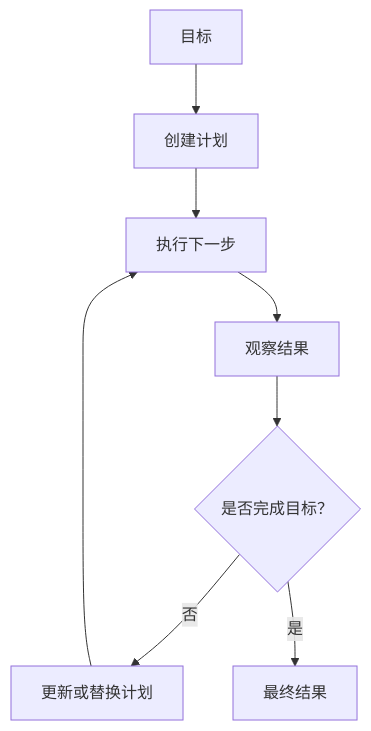
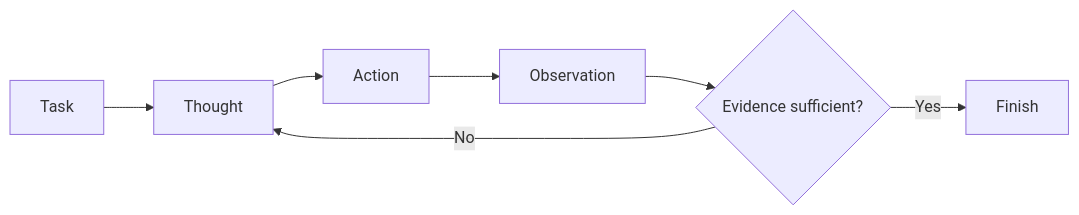
The third of 7 diagrams in docs/readings/week01-agentic-design-patterns.zh-CN.md (zheng-bobo/verifiable_agent_lab), drawn with Mermaid before and after one commit. The commit also changed other lines of this file and 21 other files, not shown here.

````diff
--- a/docs/readings/week01-agentic-design-patterns.zh-CN.md
+++ b/docs/readings/week01-agentic-design-patterns.zh-CN.md
@@ -78,10 +122,9 @@
 ```mermaid
-flowchart TD
-    G[目标] --> P[创建计划]
-    P --> A[执行下一步]
-    A --> O[观察结果]
-    O --> D{是否完成目标？}
-    D -->|否| U[更新或替换计划]
-    U --> A
-    D -->|是| F[最终结果]
+flowchart LR
+    Q[Task] --> T[Thought]
+    T --> A[Action]
+    A --> O[Observation]
+    O --> D{Evidence sufficient?}
+    D -->|No| T
+    D -->|Yes| F[Finish]
 ```
````
